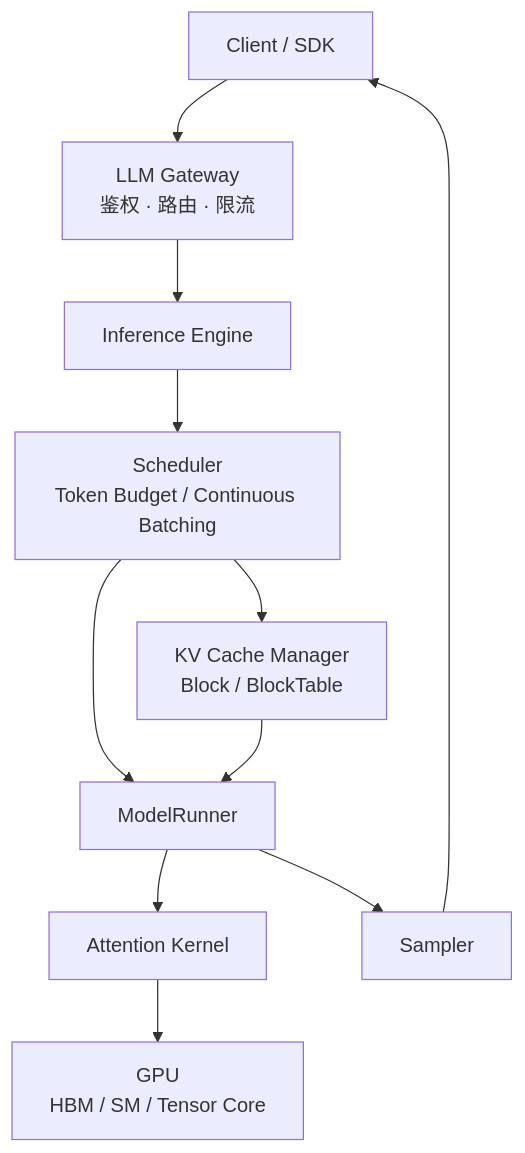
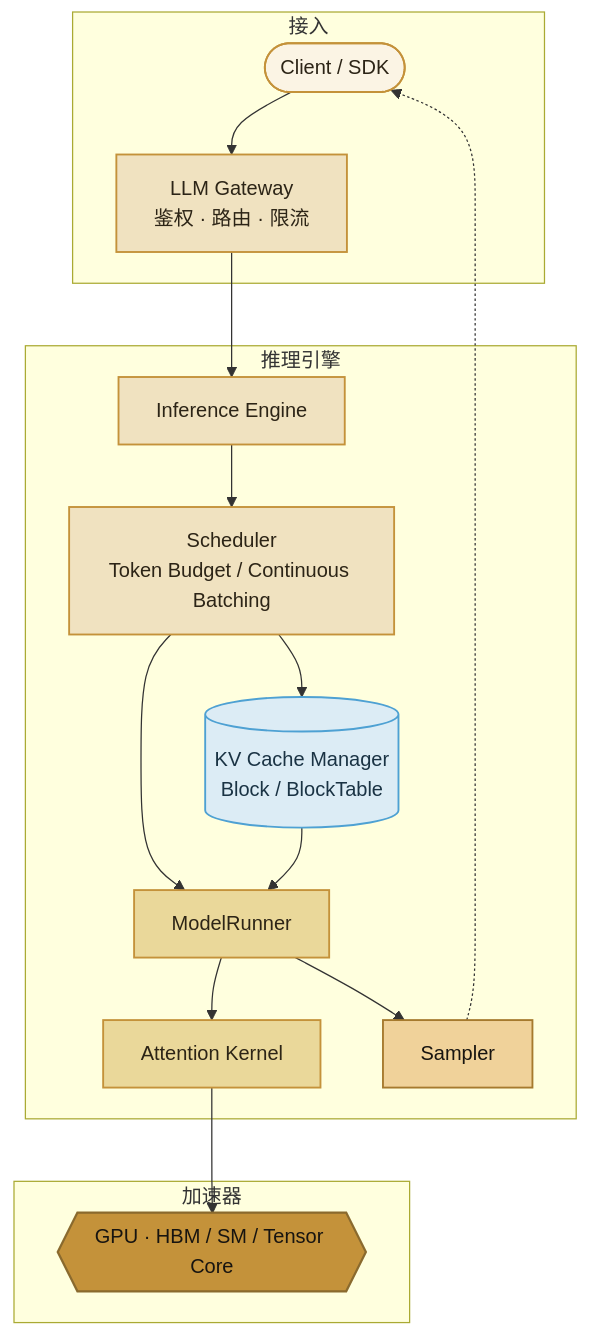
Before and after one commit to xiangel/llm-inference-course: the first of 2 diagrams in src/content/docs/00-introduction/01-landscape.mdx, drawn with Mermaid. The commit also changed other lines of this file and 9 other files, not shown here.

First line of the commit message:
Restyle architecture diagrams to match the book palette

````diff
--- a/src/content/docs/00-introduction/01-landscape.mdx
+++ b/src/content/docs/00-introduction/01-landscape.mdx
@@ -120,13 +120,35 @@
 ```mermaid
 flowchart TB
-  Client["Client / SDK"] --> GW["LLM Gateway<br/>鉴权 · 路由 · 限流"]
-  GW --> Eng["Inference Engine"]
-  Eng --> Sched["Scheduler<br/>Token Budget / Continuous Batching"]
-  Sched --> KV["KV Cache Manager<br/>Block / BlockTable"]
-  Sched --> Runner["ModelRunner"]
+  classDef client fill:#fbf4e4,stroke:#c4923a,color:#2c2416,stroke-width:1.5px
+  classDef control fill:#f0e2c0,stroke:#c4923a,color:#2c2416,stroke-width:1.5px
+  classDef memory fill:#dcecf5,stroke:#4ea1d3,color:#1a3344,stroke-width:1.5px
+  classDef compute fill:#ead89a,stroke:#c4923a,color:#2c2416,stroke-width:1.5px
+  classDef device fill:#c4923a,stroke:#8a6a2e,color:#171410,stroke-width:1.8px
+  classDef sample fill:#f0d29a,stroke:#a67a2e,color:#171410,stroke-width:1.5px
+
+  subgraph Access["接入"]
+    Client(["Client / SDK"]):::client
+    GW["LLM Gateway<br/>鉴权 · 路由 · 限流"]:::control
+  end
+
+  subgraph Engine["推理引擎"]
+    Eng["Inference Engine"]:::control
+    Sched["Scheduler<br/>Token Budget / Continuous Batching"]:::control
+    KV[("KV Cache Manager<br/>Block / BlockTable")]:::memory
+    Runner["ModelRunner"]:::compute
+    Attn["Attention Kernel"]:::compute
+    Sam["Sampler"]:::sample
+  end
+
+  subgraph Device["加速器"]
+    GPU{{"GPU · HBM / SM / Tensor Core"}}:::device
+  end
+
+  Client --> GW --> Eng --> Sched
+  Sched --> KV
+  Sched --> Runner
   KV --> Runner
-  Runner --> Attn["Attention Kernel"]
-  Runner --> Sam["Sampler"]
-  Attn --> GPU["GPU<br/>HBM / SM / Tensor Core"]
-  Sam --> Client
+  Runner --> Attn --> GPU
+  Runner --> Sam
+  Sam -.-> Client
 ```
````
